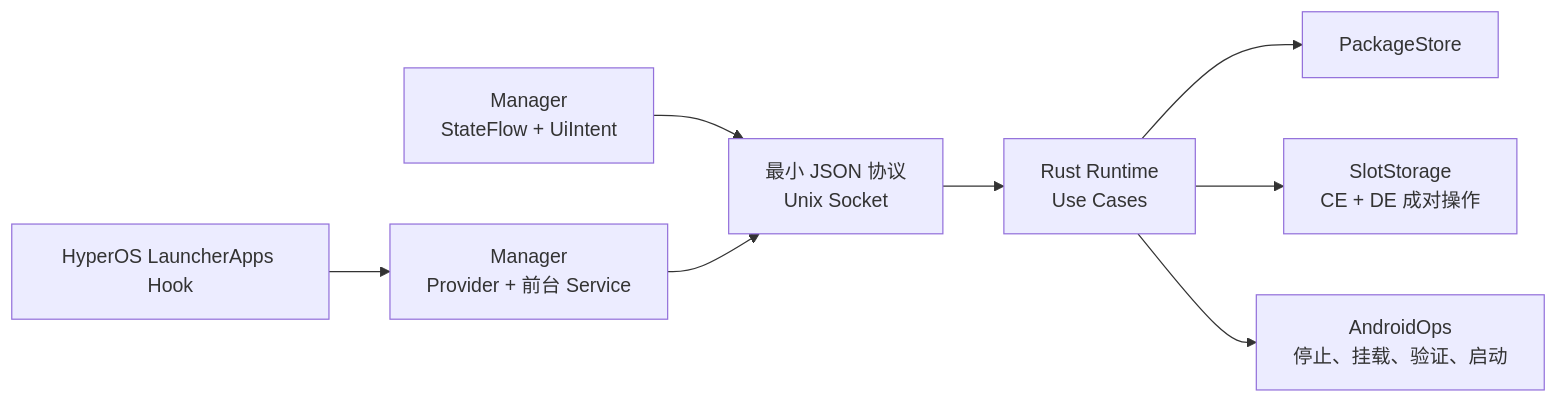
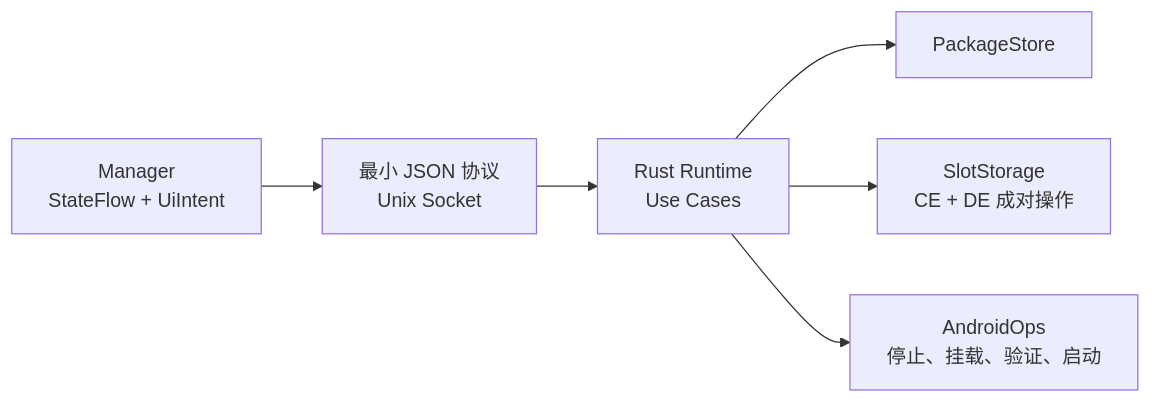
Before and after one commit to gkeyes/uclone-slices: the diagram in README.md, drawn with Mermaid. The commit also changed other lines of this file and 63 other files, not shown here.

````diff
--- a/README.md
+++ b/README.md
@@ -76,10 +68,8 @@
 ```mermaid
 flowchart LR
     UI["Manager<br/>StateFlow + UiIntent"] --> RPC["最小 JSON 协议<br/>Unix Socket"]
-    Launcher["HyperOS LauncherApps Hook"] --> Relay["Manager<br/>Provider + 前台 Service"]
-    Relay --> RPC
     RPC --> Runtime["Rust Runtime<br/>Use Cases"]
     Runtime --> Store["PackageStore"]
     Runtime --> Slots["SlotStorage<br/>CE + DE 成对操作"]
     Runtime --> Android["AndroidOps<br/>停止、挂载、验证、启动"]
 ```
````
